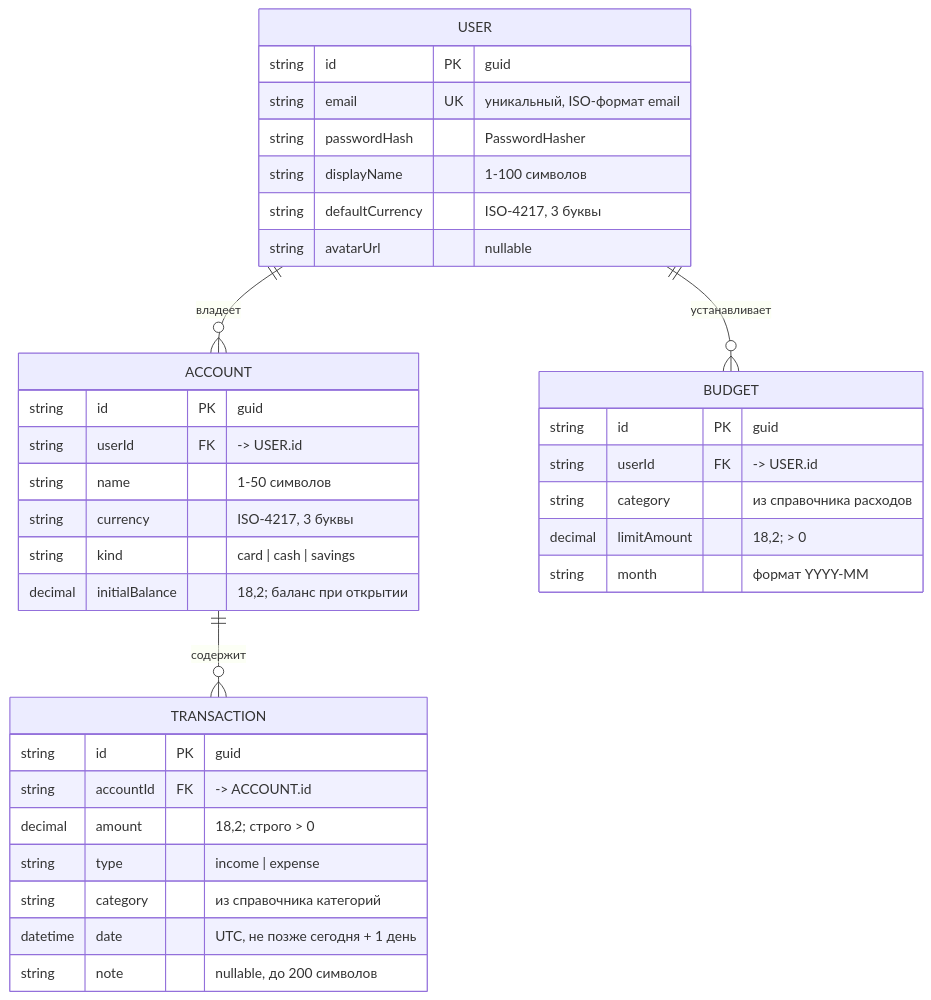
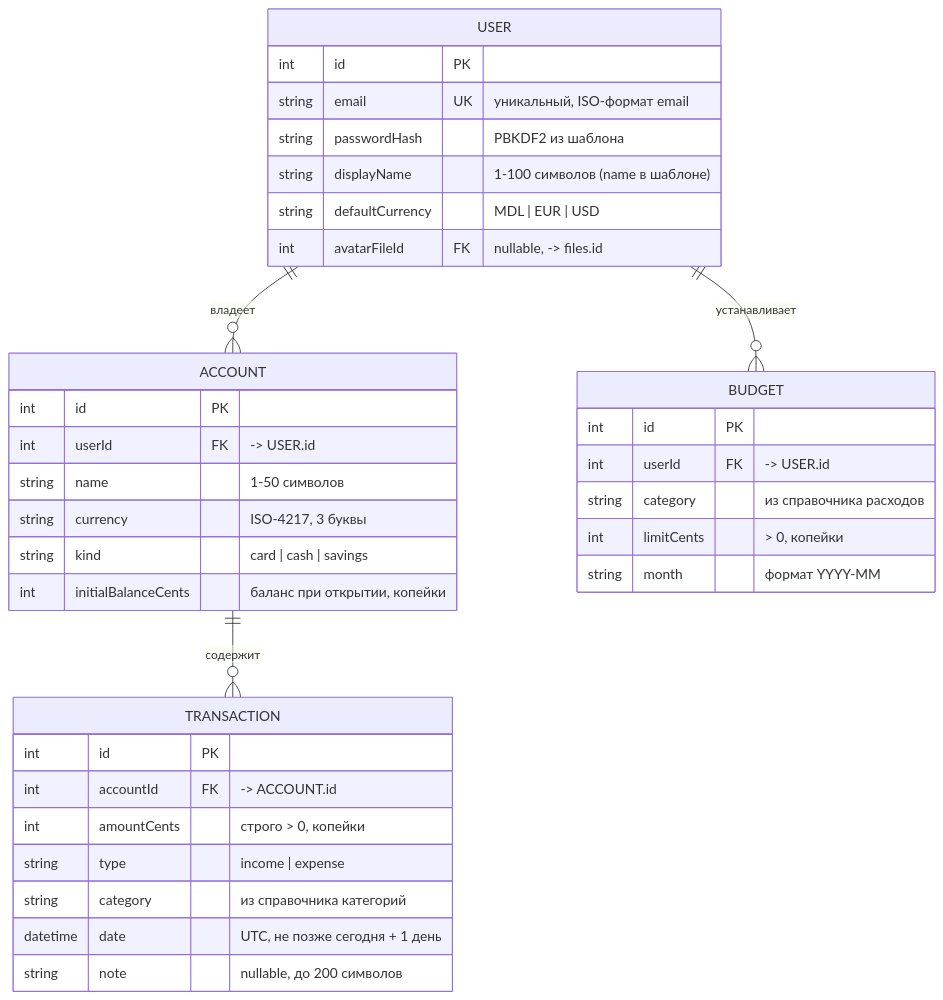
The diagram in docs/er-diagram.md (YanGCSHARP/LAB1_PAM), drawn with Mermaid before and after one commit. The commit also changed other lines of this file and 1 other file, not shown here.

````diff
--- a/docs/er-diagram.md
+++ b/docs/er-diagram.md
@@ -10,42 +17,42 @@
 ```mermaid
 erDiagram
     USER ||--o{ ACCOUNT : "владеет"
     USER ||--o{ BUDGET : "устанавливает"
     ACCOUNT ||--o{ TRANSACTION : "содержит"
 
     USER {
-        string id PK "guid"
+        int id PK
         string email UK "уникальный, ISO-формат email"
-        string passwordHash "PasswordHasher<User>"
-        string displayName "1-100 символов"
-        string defaultCurrency "ISO-4217, 3 буквы"
-        string avatarUrl "nullable"
+        string passwordHash "PBKDF2 из шаблона"
+        string displayName "1-100 символов (name в шаблоне)"
+        string defaultCurrency "MDL | EUR | USD"
+        int avatarFileId FK "nullable, -> files.id"
     }
 
     ACCOUNT {
-        string id PK "guid"
-        string userId FK "-> USER.id"
+        int id PK
+        int userId FK "-> USER.id"
         string name "1-50 символов"
         string currency "ISO-4217, 3 буквы"
         string kind "card | cash | savings"
-        decimal initialBalance "18,2; баланс при открытии"
+        int initialBalanceCents "баланс при открытии, копейки"
     }
 
     TRANSACTION {
-        string id PK "guid"
-        string accountId FK "-> ACCOUNT.id"
-        decimal amount "18,2; строго > 0"
+        int id PK
+        int accountId FK "-> ACCOUNT.id"
+        int amountCents "строго > 0, копейки"
         string type "income | expense"
         string category "из справочника категорий"
         datetime date "UTC, не позже сегодня + 1 день"
         string note "nullable, до 200 символов"
     }
 
     BUDGET {
-        string id PK "guid"
-        string userId FK "-> USER.id"
+        int id PK
+        int userId FK "-> USER.id"
         string category "из справочника расходов"
-        decimal limitAmount "18,2; > 0"
+        int limitCents "> 0, копейки"
         string month "формат YYYY-MM"
     }
 ```
````
